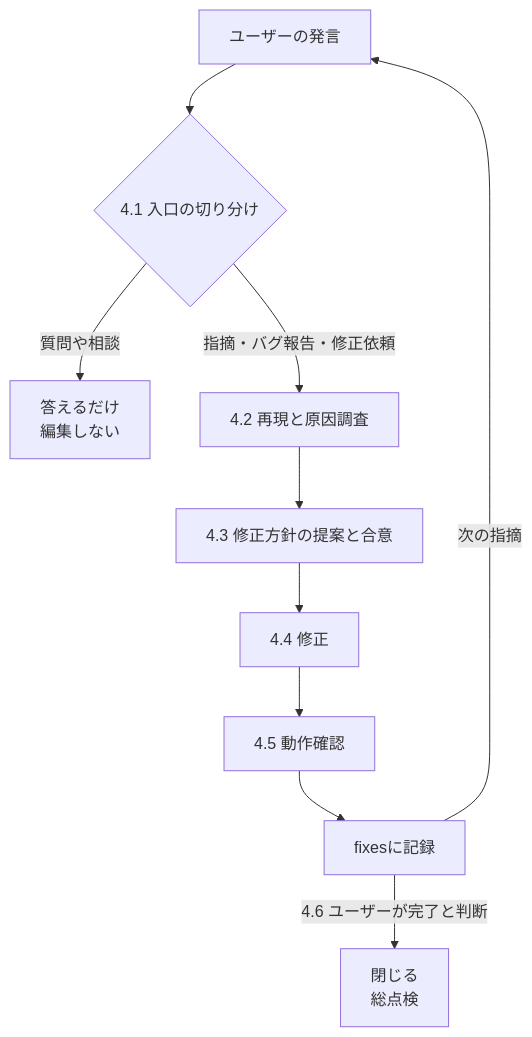
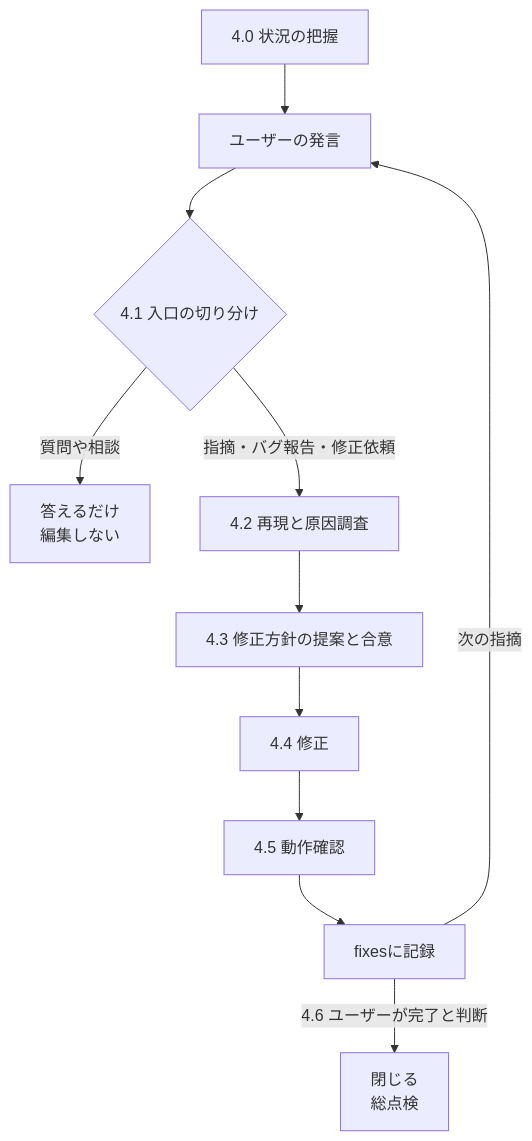
The diagram in plugins/praxis/skills/sdd-workflow/SKILL.md (ng3rdstmadgke/praxis), drawn with Mermaid before and after one commit. The commit also changed other lines of this file, not shown here.

````diff
--- a/plugins/praxis/skills/sdd-workflow/SKILL.md
+++ b/plugins/praxis/skills/sdd-workflow/SKILL.md
@@ -325,12 +358,13 @@
 ```mermaid
 flowchart TD
-    A[ユーザーの発言] --> B{4.1 入口の切り分け}
+    S[4.0 状況の把握] --> A[ユーザーの発言]
+    A --> B{4.1 入口の切り分け}
     B -->|質問や相談| Q[答えるだけ<br/>編集しない]
     B -->|指摘・バグ報告・修正依頼| C[4.2 再現と原因調査]
     C --> D[4.3 修正方針の提案と合意]
     D --> E[4.4 修正]
     E --> F[4.5 動作確認]
     F --> G[fixesに記録]
     G -->|次の指摘| A
     G -->|4.6 ユーザーが完了と判断| H[閉じる<br>総点検]
 ```
````
